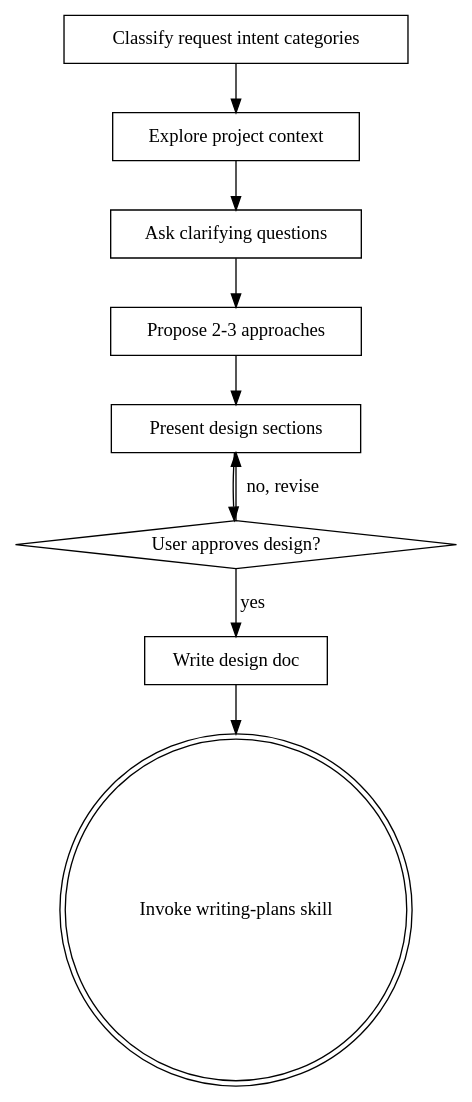
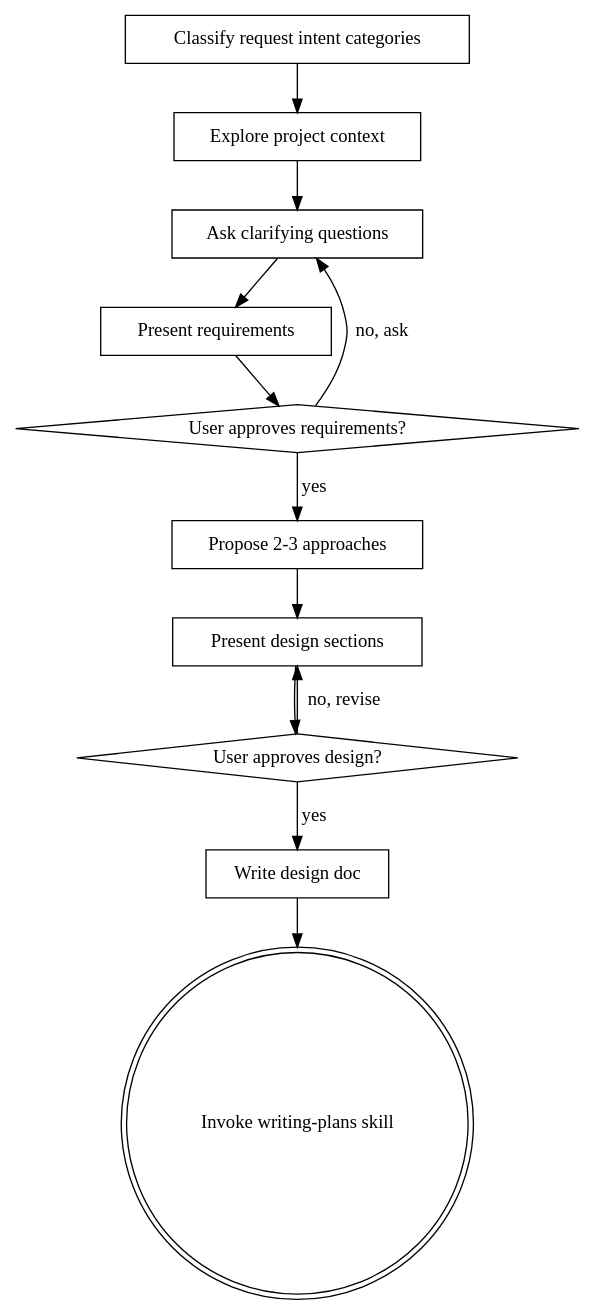
The diagram in .agents/skills/brainstorming/SKILL.md (dongdokee/port-garden), drawn with Graphviz before and after one commit. The commit also changed other lines of this file and 3 other files, not shown here.

````diff
--- a/.agents/skills/brainstorming/SKILL.md
+++ b/.agents/skills/brainstorming/SKILL.md
@@ -50,21 +63,26 @@
 ```dot
 digraph brainstorming {
     "Classify request intent categories" [shape=box];
     "Explore project context" [shape=box];
     "Ask clarifying questions" [shape=box];
+    "Present requirements" [shape=box];
+    "User approves requirements?" [shape=diamond];
     "Propose 2-3 approaches" [shape=box];
     "Present design sections" [shape=box];
     "User approves design?" [shape=diamond];
     "Write design doc" [shape=box];
     "Invoke writing-plans skill" [shape=doublecircle];
 
     "Classify request intent categories" -> "Explore project context";
     "Explore project context" -> "Ask clarifying questions";
-    "Ask clarifying questions" -> "Propose 2-3 approaches";
+    "Ask clarifying questions" -> "Present requirements";
+    "Present requirements" -> "User approves requirements?";
+    "User approves requirements?" -> "Ask clarifying questions" [label="no, ask"];
+    "User approves requirements?" -> "Propose 2-3 approaches" [label="yes"];
     "Propose 2-3 approaches" -> "Present design sections";
     "Present design sections" -> "User approves design?";
     "User approves design?" -> "Present design sections" [label="no, revise"];
     "User approves design?" -> "Write design doc" [label="yes"];
     "Write design doc" -> "Invoke writing-plans skill";
 }
 ```
````
